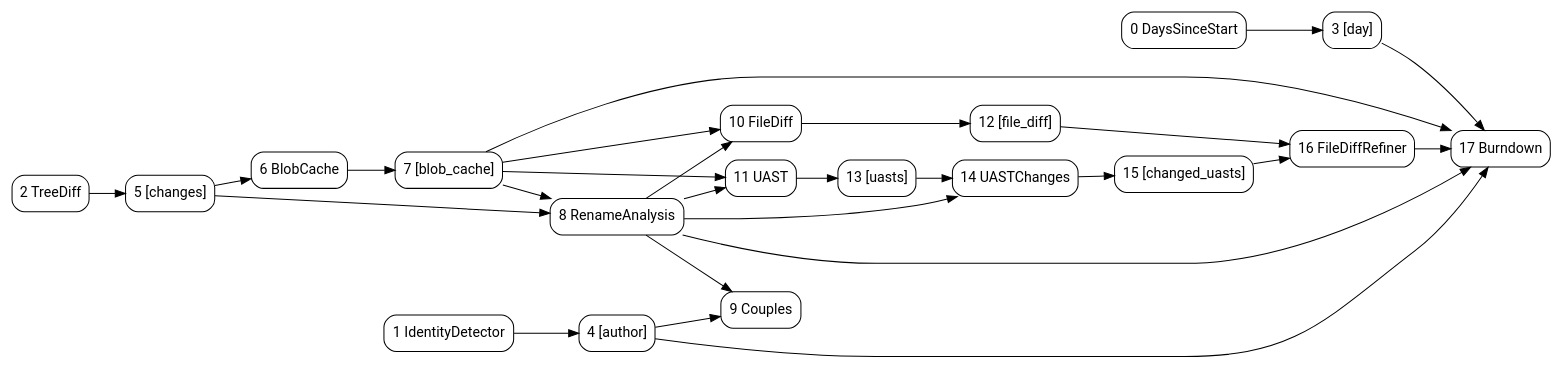
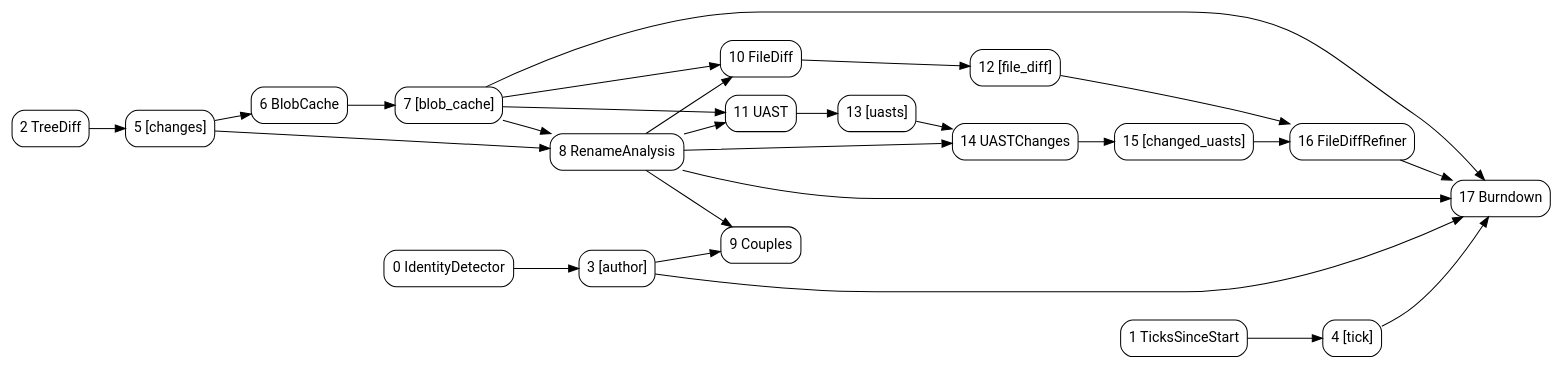
The diagram in doc/dag.dot (src-d/hercules), drawn with Graphviz before and after one commit. The commit also changed 1 other file, not shown here.

```diff
--- a/doc/dag.dot
+++ b/doc/dag.dot
@@ -1,30 +1,30 @@
 digraph Hercules {
   rankdir="LR"
   node [fontname="Roboto", shape=box, style=rounded]
 
   "6 BlobCache" -> "7 [blob_cache]"
-  "0 DaysSinceStart" -> "3 [day]"
   "10 FileDiff" -> "12 [file_diff]"
   "16 FileDiffRefiner" -> "17 Burndown"
-  "1 IdentityDetector" -> "4 [author]"
+  "0 IdentityDetector" -> "3 [author]"
   "8 RenameAnalysis" -> "17 Burndown"
   "8 RenameAnalysis" -> "9 Couples"
   "8 RenameAnalysis" -> "10 FileDiff"
   "8 RenameAnalysis" -> "11 UAST"
   "8 RenameAnalysis" -> "14 UASTChanges"
+  "1 TicksSinceStart" -> "4 [tick]"
   "2 TreeDiff" -> "5 [changes]"
   "11 UAST" -> "13 [uasts]"
   "14 UASTChanges" -> "15 [changed_uasts]"
-  "4 [author]" -> "17 Burndown"
-  "4 [author]" -> "9 Couples"
+  "3 [author]" -> "17 Burndown"
+  "3 [author]" -> "9 Couples"
   "7 [blob_cache]" -> "17 Burndown"
   "7 [blob_cache]" -> "10 FileDiff"
   "7 [blob_cache]" -> "8 RenameAnalysis"
   "7 [blob_cache]" -> "11 UAST"
   "15 [changed_uasts]" -> "16 FileDiffRefiner"
   "5 [changes]" -> "6 BlobCache"
   "5 [changes]" -> "8 RenameAnalysis"
-  "3 [day]" -> "17 Burndown"
   "12 [file_diff]" -> "16 FileDiffRefiner"
+  "4 [tick]" -> "17 Burndown"
   "13 [uasts]" -> "14 UASTChanges"
 }
```
